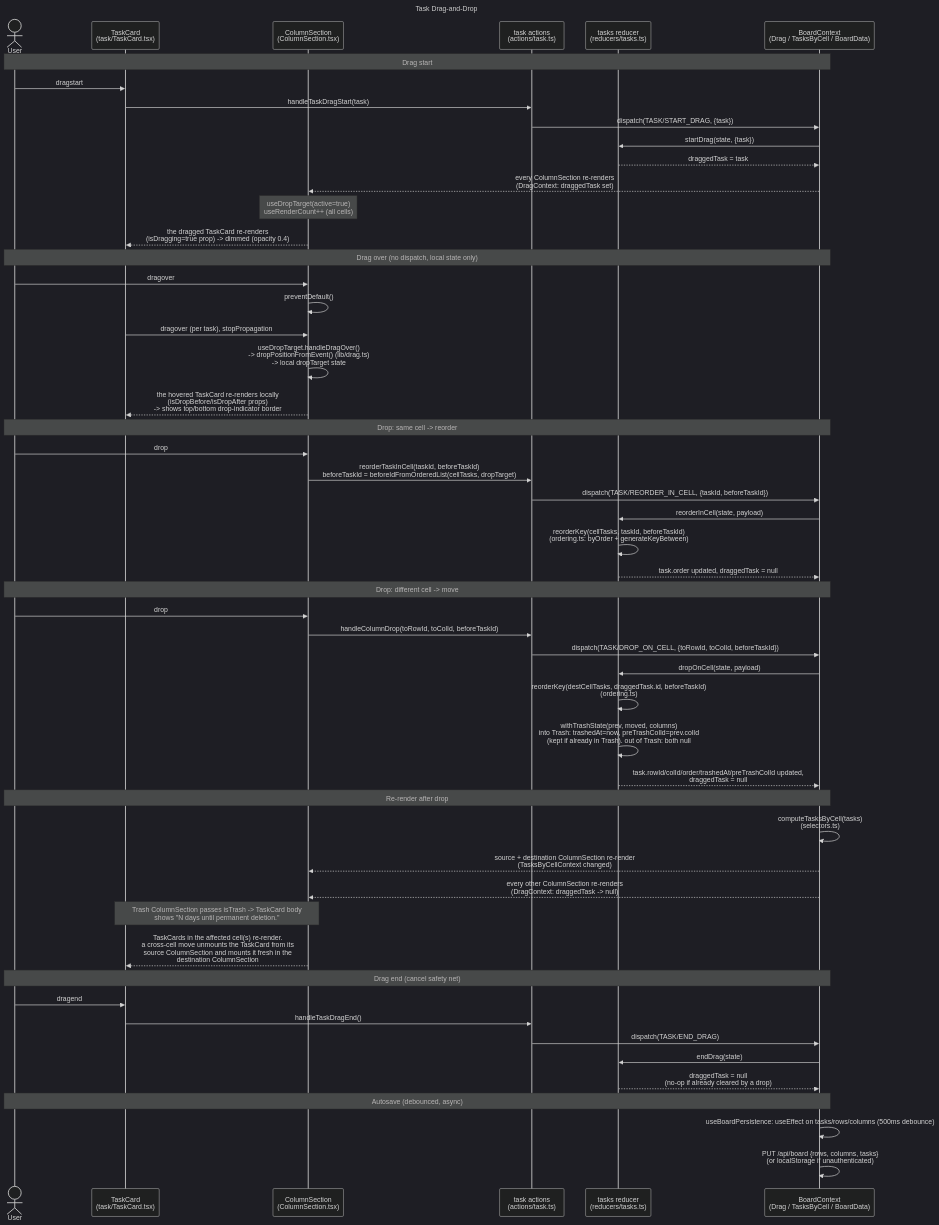
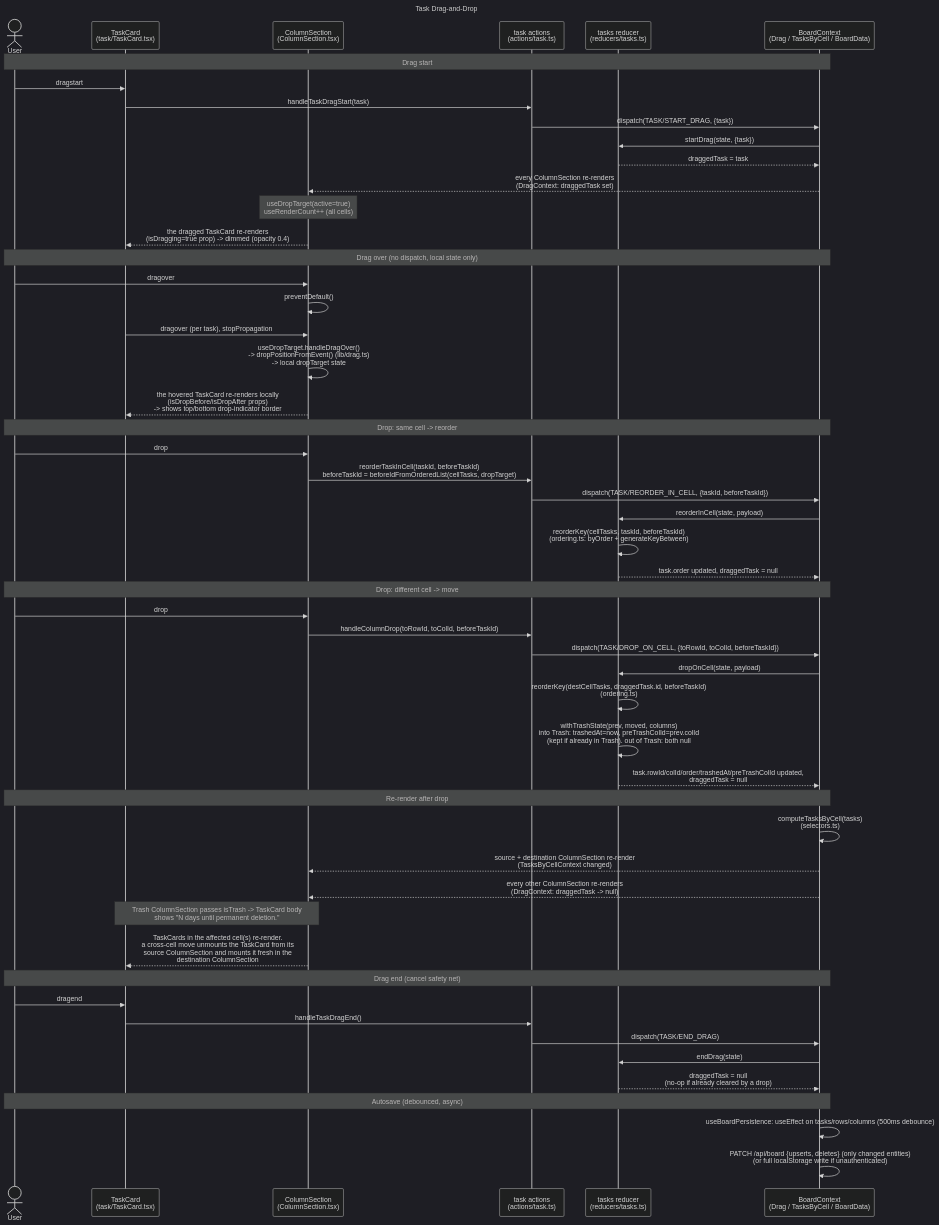
One commit to kimdcottrell/kanaryboards changed the diagram in docs/sequence-diagrams/task-drag-and-drop.mmd. Above: the diagram before and after it, drawn with Mermaid (dark theme). The commit also changed 24 other files, not shown here.

First line of the commit message:
instead of saving the board as one big item, save tasks, rows, and columns individually

```diff
--- a/docs/sequence-diagrams/task-drag-and-drop.mmd
+++ b/docs/sequence-diagrams/task-drag-and-drop.mmd
@@ -1,62 +1,62 @@
 ---
 title: Task Drag-and-Drop
 ---
 sequenceDiagram
     actor User
     participant Card as TaskCard<br/>(task/TaskCard.tsx)
     participant Cell as ColumnSection<br/>(ColumnSection.tsx)
     participant Actions as task actions<br/>(actions/task.ts)
     participant Reducer as tasks reducer<br/>(reducers/tasks.ts)
     participant Ctx as BoardContext<br/>(Drag / TasksByCell / BoardData)
 
     Note over User,Ctx: Drag start
     User->>Card: dragstart
     Card->>Actions: handleTaskDragStart(task)
     Actions->>Ctx: dispatch(TASK/START_DRAG, {task})
     Ctx->>Reducer: startDrag(state, {task})
     Reducer-->>Ctx: draggedTask = task
     Ctx-->>Cell: every ColumnSection re-renders<br/>(DragContext: draggedTask set)
     Note over Cell: useDropTarget(active=true)<br/>useRenderCount++ (all cells)
     Cell-->>Card: the dragged TaskCard re-renders<br/>(isDragging=true prop) -> dimmed (opacity 0.4)
 
     Note over User,Ctx: Drag over (no dispatch, local state only)
     User->>Cell: dragover
     Cell->>Cell: preventDefault()
     Card->>Cell: dragover (per task), stopPropagation
     Cell->>Cell: useDropTarget.handleDragOver()<br/>-> dropPositionFromEvent() (lib/drag.ts)<br/>-> local dropTarget state
     Cell-->>Card: the hovered TaskCard re-renders locally<br/>(isDropBefore/isDropAfter props)<br/>-> shows top/bottom drop-indicator border
 
     Note over User,Ctx: Drop: same cell -> reorder
     User->>Cell: drop
     Cell->>Actions: reorderTaskInCell(taskId, beforeTaskId)<br/>beforeTaskId = beforeIdFromOrderedList(cellTasks, dropTarget)
     Actions->>Ctx: dispatch(TASK/REORDER_IN_CELL, {taskId, beforeTaskId})
     Ctx->>Reducer: reorderInCell(state, payload)
     Reducer->>Reducer: reorderKey(cellTasks, taskId, beforeTaskId)<br/>(ordering.ts: byOrder + generateKeyBetween)
     Reducer-->>Ctx: task.order updated, draggedTask = null
 
     Note over User,Ctx: Drop: different cell -> move
     User->>Cell: drop
     Cell->>Actions: handleColumnDrop(toRowId, toColId, beforeTaskId)
     Actions->>Ctx: dispatch(TASK/DROP_ON_CELL, {toRowId, toColId, beforeTaskId})
     Ctx->>Reducer: dropOnCell(state, payload)
     Reducer->>Reducer: reorderKey(destCellTasks, draggedTask.id, beforeTaskId)<br/>(ordering.ts)
     Reducer->>Reducer: withTrashState(prev, moved, columns)<br/>into Trash: trashedAt=now, preTrashColId=prev.colId<br/>(kept if already in Trash). out of Trash: both null
     Reducer-->>Ctx: task.rowId/colId/order/trashedAt/preTrashColId updated,<br/>draggedTask = null
 
     Note over User,Ctx: Re-render after drop
     Ctx->>Ctx: computeTasksByCell(tasks)<br/>(selectors.ts)
     Ctx-->>Cell: source + destination ColumnSection re-render<br/>(TasksByCellContext changed)
     Ctx-->>Cell: every other ColumnSection re-renders<br/>(DragContext: draggedTask -> null)
     Note over Cell,Card: Trash ColumnSection passes isTrash -> TaskCard body<br/>shows "N days until permanent deletion."
     Cell-->>Card: TaskCards in the affected cell(s) re-render.<br/>a cross-cell move unmounts the TaskCard from its<br/>source ColumnSection and mounts it fresh in the<br/>destination ColumnSection
 
     Note over User,Ctx: Drag end (cancel safety net)
     User->>Card: dragend
     Card->>Actions: handleTaskDragEnd()
     Actions->>Ctx: dispatch(TASK/END_DRAG)
     Ctx->>Reducer: endDrag(state)
     Reducer-->>Ctx: draggedTask = null<br/>(no-op if already cleared by a drop)
 
     Note over User,Ctx: Autosave (debounced, async)
     Ctx->>Ctx: useBoardPersistence: useEffect on tasks/rows/columns (500ms debounce)
-    Ctx->>Ctx: PUT /api/board {rows, columns, tasks}<br/>(or localStorage if unauthenticated)
+    Ctx->>Ctx: PATCH /api/board {upserts, deletes} (only changed entities)<br/>(or full localStorage write if unauthenticated)
```
